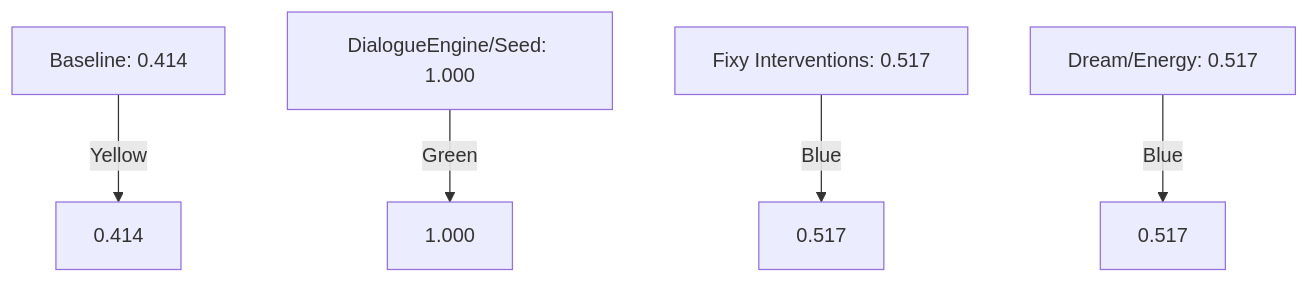
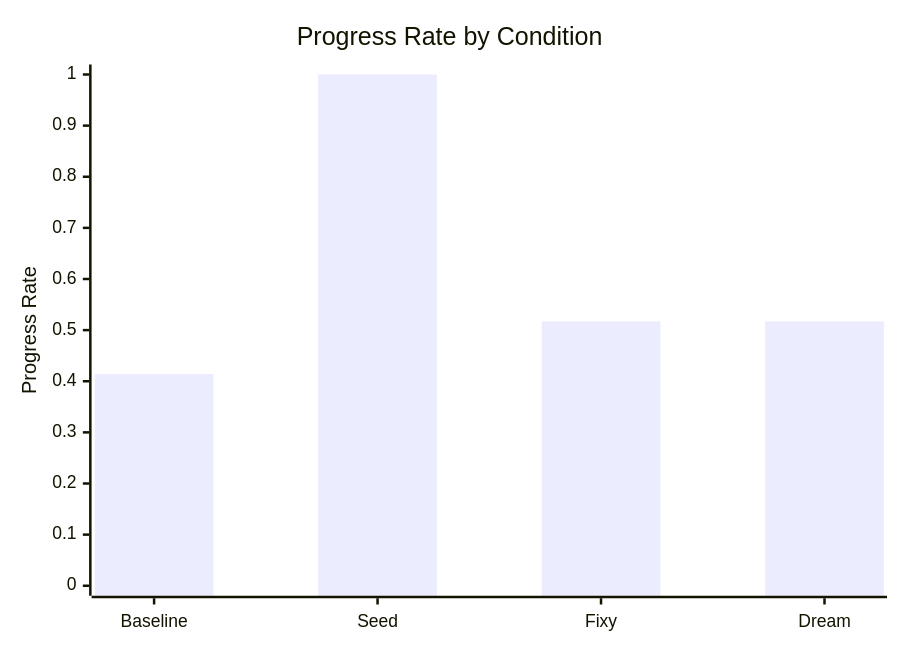
The second of 4 diagrams in research.md (sivanhavkin/Entelgia), drawn with Mermaid before and after one commit. The commit also changed other lines of this file, not shown here.

Commit message:
Fix graphs in research.md and add real academic bibliography

````diff
--- a/research.md
+++ b/research.md
@@ -115,7 +115,7 @@
 ```mermaid
-graph TD;
-    A[Baseline: 0.414] -->|Yellow| A1[0.414]
-    B[DialogueEngine/Seed: 1.000] -->|Green| B1[1.000]
-    C[Fixy Interventions: 0.517] -->|Blue| C1[0.517]
-    D[Dream/Energy: 0.517] -->|Blue| D1[0.517]
+xychart-beta
+    title "Progress Rate by Condition"
+    x-axis ["Baseline", "Seed", "Fixy", "Dream"]
+    y-axis "Progress Rate" 0 --> 1
+    bar [0.414, 1.000, 0.517, 0.517]
 ```
````
